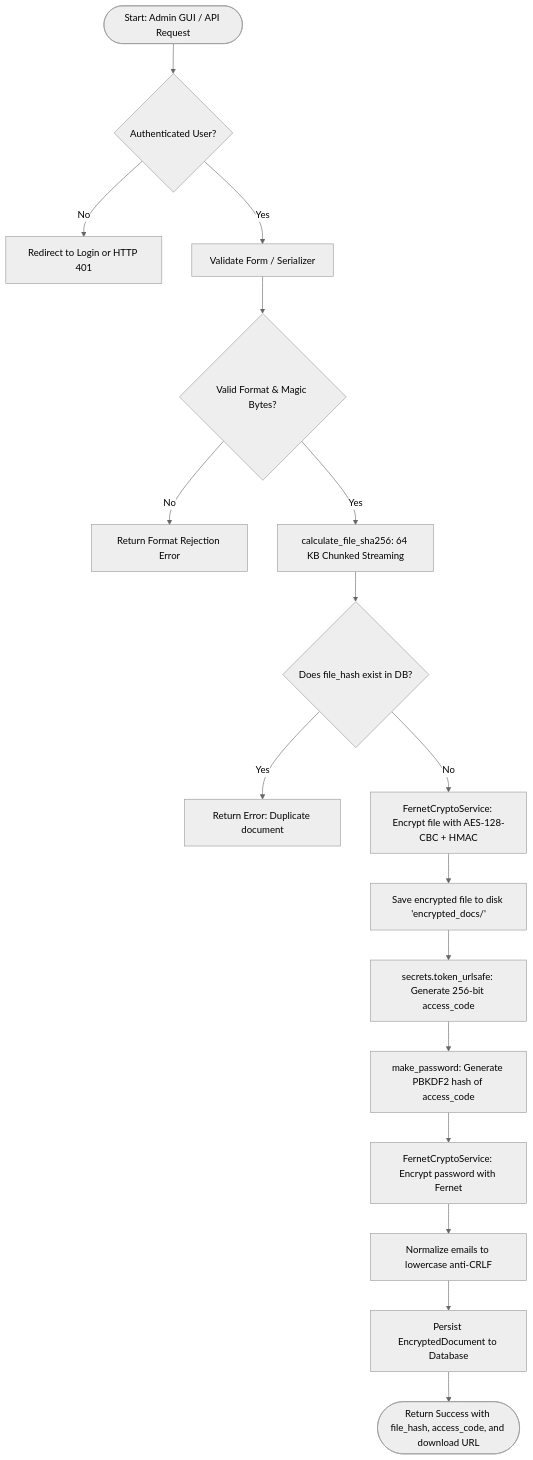
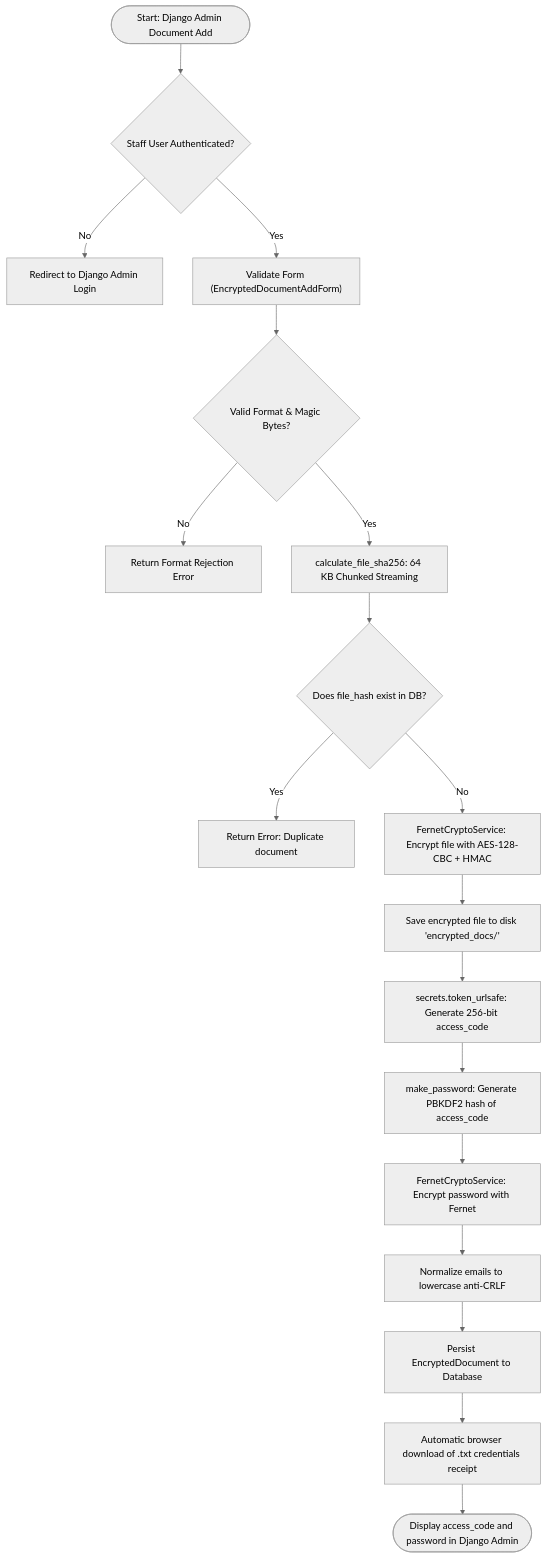
One commit to jrubioh1/Freedec changed the third of 4 diagrams in docs/ARCHITECTURE.md. Above: the diagram before and after it, drawn with Mermaid (neutral theme). The commit also changed other lines of this file and 9 other files, not shown here.

First line of the commit message:
feat: sincronizar documentación con Django Admin, corregir inlines y añadir workflow CI

````diff
--- a/docs/ARCHITECTURE.md
+++ b/docs/ARCHITECTURE.md
@@ -210,19 +215,20 @@
 ```mermaid
 flowchart TD
-    A(["Start: Admin GUI / API Request"]) --> B{"Authenticated User?"}
-    B -- "No" --> C["Redirect to Login or HTTP 401"]
-    B -- "Yes" --> D["Validate Form / Serializer"]
+    A(["Start: Django Admin Document Add"]) --> B{"Staff User Authenticated?"}
+    B -- "No" --> C["Redirect to Django Admin Login"]
+    B -- "Yes" --> D["Validate Form (EncryptedDocumentAddForm)"]
     D --> E{"Valid Format & Magic Bytes?"}
     E -- "No" --> F["Return Format Rejection Error"]
     E -- "Yes" --> G["calculate_file_sha256: 64 KB Chunked Streaming"]
     G --> H{"Does file_hash exist in DB?"}
     H -- "Yes" --> I["Return Error: Duplicate document"]
     H -- "No" --> J["FernetCryptoService: Encrypt file with AES-128-CBC + HMAC"]
     J --> K["Save encrypted file to disk 'encrypted_docs/'"]
     K --> L["secrets.token_urlsafe: Generate 256-bit access_code"]
     L --> M["make_password: Generate PBKDF2 hash of access_code"]
     M --> N["FernetCryptoService: Encrypt password with Fernet"]
     N --> O["Normalize emails to lowercase anti-CRLF"]
     O --> P["Persist EncryptedDocument to Database"]
-    P --> Q(["Return Success with file_hash, access_code, and download URL"])
+    P --> Q["Automatic browser download of .txt credentials receipt"]
+    Q --> R(["Display access_code and password in Django Admin"])
 ```
````
